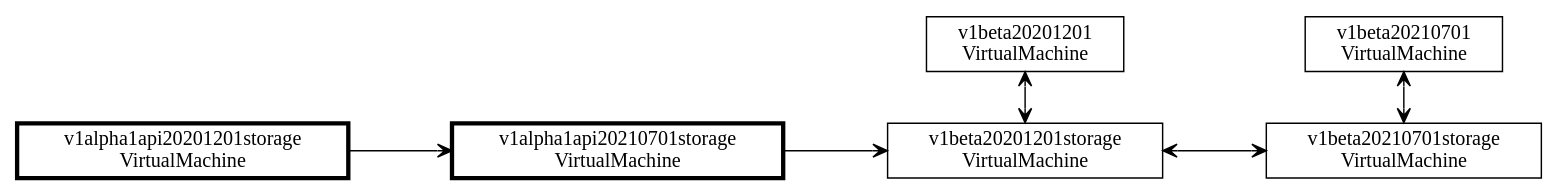
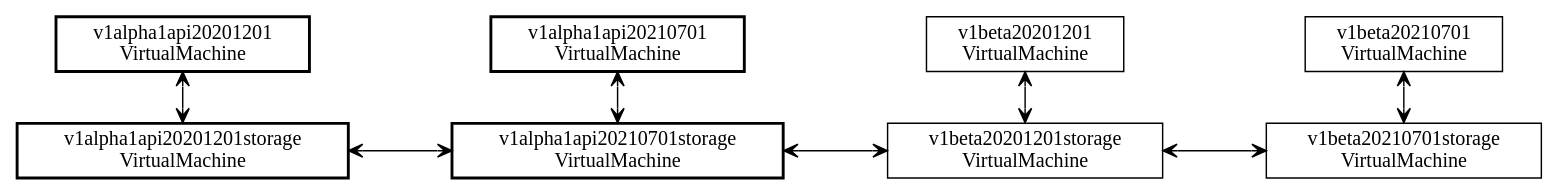
The diagram in docs/hugo/content/architecture-decision-records/images/adr-2022-02-backward-compatibility-multiple-version.dot (Azure/azure-service-operator), drawn with Graphviz before and after one commit. The commit also changed 1 other file, not shown here.

Commit message:
Update diagram definitions

```diff
--- a/docs/hugo/content/architecture-decision-records/images/adr-2022-02-backward-compatibility-multiple-version.dot
+++ b/docs/hugo/content/architecture-decision-records/images/adr-2022-02-backward-compatibility-multiple-version.dot
@@ -1,44 +1,56 @@
 graph {
     nodesep="1"
 
     subgraph apiVersions {
         rank=same;
 
-        node [shape=rect]
+        node [shape=rect, penwidth=2]
+        v1alpha1api20201201 [label="v1alpha1api20201201\nVirtualMachine"]
+
+        node [shape=rect, penwidth=2]
+        v1alpha1api20210701 [label="v1alpha1api20210701\nVirtualMachine"]
+
+        node [shape=rect, penwidth=1]
         v1beta20201201 [label="v1beta20201201\nVirtualMachine"]
 
-        node [shape=rect]
+        node [shape=rect, penwidth=1]
         v1beta20210701 [label="v1beta20210701\nVirtualMachine"]
     }
 
     subgraph storageVersions {
         rank=same;
 
-        node [shape=rect]
+        node [shape=rect, penwidth=1]
         v1beta20201201storage [label="v1beta20201201storage\nVirtualMachine"]
 
-        node [shape=rect]
+        node [shape=rect, penwidth=1]
         v1beta20210701storage [label="v1beta20210701storage\nVirtualMachine"]
 
-        node [shape=rect, penwidth=3]
+        node [shape=rect, penwidth=2]
         v1alpha1api20201201storage [label="v1alpha1api20201201storage\nVirtualMachine"]
 
-        node [shape=rect, penwidth=3]
+        node [shape=rect, penwidth=2]
         v1alpha1api20210701storage [label="v1alpha1api20210701storage\nVirtualMachine"]
     }
+
+    edge [arrowhead=vee, arrowtail=vee, dir=both]
+    v1alpha1api20201201 -- v1alpha1api20201201storage
+
+    edge [arrowhead=vee, arrowtail=vee, dir=both]
+    v1alpha1api20210701 -- v1alpha1api20210701storage
 
     edge [arrowhead=vee, arrowtail=vee, dir=both]
     v1beta20201201 -- v1beta20201201storage
 
     edge [arrowhead=vee, arrowtail=vee, dir=both]
     v1beta20210701 -- v1beta20210701storage
 
     edge [arrowhead=vee, arrowtail=vee, dir=both]
     v1beta20201201storage -- v1beta20210701storage
 
-    edge [arrowhead=vee, arrowtail=none, dir=both]
+    edge [arrowhead=vee, arrowtail=vee, dir=both]
     v1alpha1api20201201storage -- v1alpha1api20210701storage
 
-    edge [arrowhead=vee, arrowtail=none, dir=both]
+    edge [arrowhead=vee, arrowtail=vee, dir=both]
     v1alpha1api20210701storage -- v1beta20201201storage
 }
```
